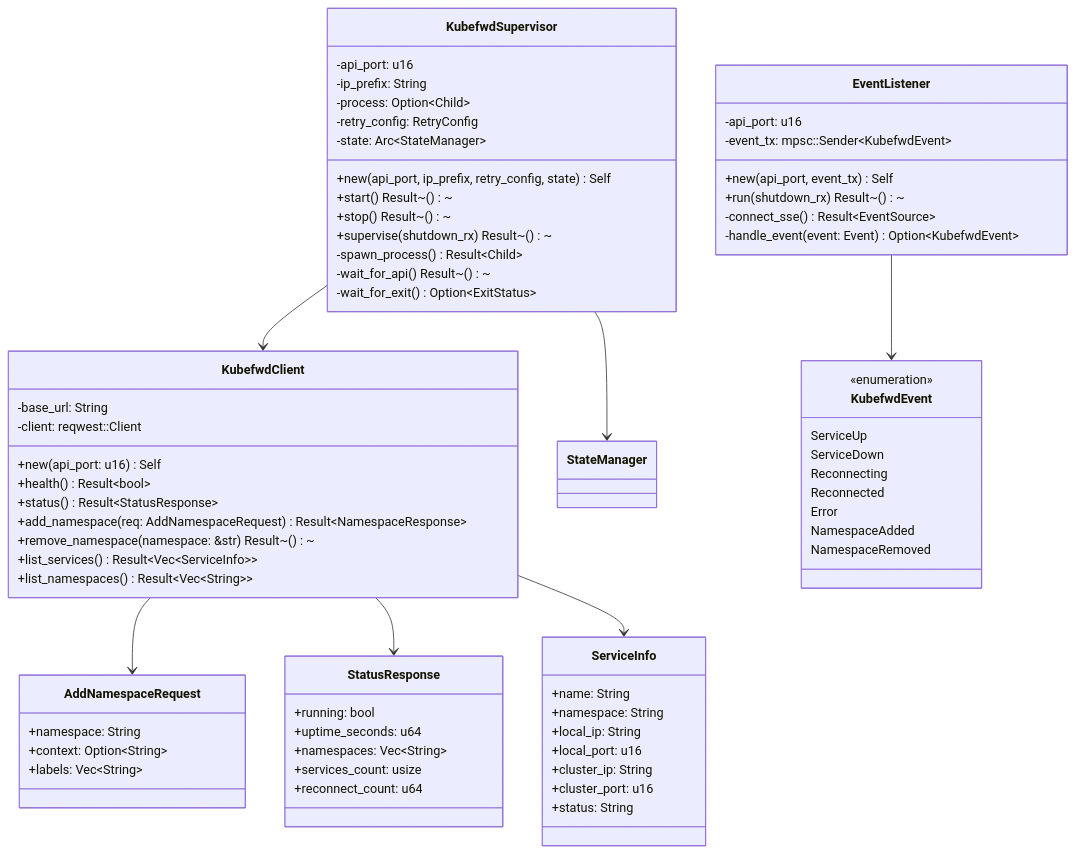
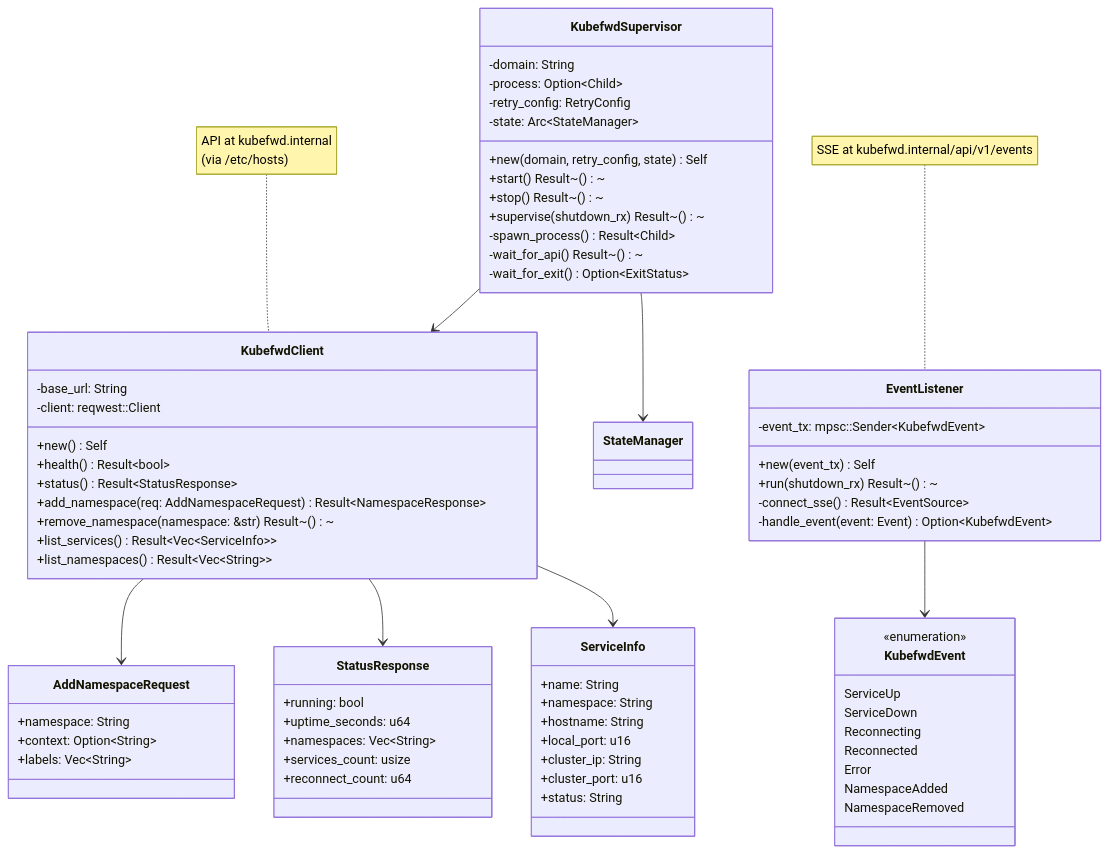
The fourth of 20 diagrams in docs/CODE_ARCHITECTURE.md (parthspatel/nix-kubefwd), drawn with Mermaid before and after one commit. The commit also changed other lines of this file and 2 other files, not shown here.

First line of the commit message:
Fix incorrect kubefwd API assumptions in documentation

````diff
--- a/docs/CODE_ARCHITECTURE.md
+++ b/docs/CODE_ARCHITECTURE.md
@@ -183,80 +181,80 @@
 ```mermaid
 classDiagram
     class KubefwdSupervisor {
-        -api_port: u16
-        -ip_prefix: String
+        -domain: String
         -process: Option~Child~
         -retry_config: RetryConfig
         -state: Arc~StateManager~
-        +new(api_port, ip_prefix, retry_config, state) Self
+        +new(domain, retry_config, state) Self
         +start() Result~()~
         +stop() Result~()~
         +supervise(shutdown_rx) Result~()~
         -spawn_process() Result~Child~
         -wait_for_api() Result~()~
         -wait_for_exit() Option~ExitStatus~
     }
 
     class KubefwdClient {
         -base_url: String
         -client: reqwest::Client
-        +new(api_port: u16) Self
+        +new() Self
         +health() Result~bool~
         +status() Result~StatusResponse~
         +add_namespace(req: AddNamespaceRequest) Result~NamespaceResponse~
         +remove_namespace(namespace: &str) Result~()~
         +list_services() Result~Vec~ServiceInfo~~
         +list_namespaces() Result~Vec~String~~
     }
+    note for KubefwdClient "API at kubefwd.internal<br/>(via /etc/hosts)"
 
     class EventListener {
-        -api_port: u16
         -event_tx: mpsc::Sender~KubefwdEvent~
-        +new(api_port, event_tx) Self
+        +new(event_tx) Self
         +run(shutdown_rx) Result~()~
         -connect_sse() Result~EventSource~
         -handle_event(event: Event) Option~KubefwdEvent~
     }
+    note for EventListener "SSE at kubefwd.internal/api/v1/events"
 
     class KubefwdEvent {
         <<enumeration>>
         ServiceUp
         ServiceDown
         Reconnecting
         Reconnected
         Error
         NamespaceAdded
         NamespaceRemoved
     }
 
     class AddNamespaceRequest {
         +namespace: String
         +context: Option~String~
         +labels: Vec~String~
     }
 
     class StatusResponse {
         +running: bool
         +uptime_seconds: u64
         +namespaces: Vec~String~
         +services_count: usize
         +reconnect_count: u64
     }
 
     class ServiceInfo {
         +name: String
         +namespace: String
-        +local_ip: String
+        +hostname: String
         +local_port: u16
         +cluster_ip: String
         +cluster_port: u16
         +status: String
     }
 
     KubefwdSupervisor --> KubefwdClient
     KubefwdSupervisor --> StateManager
     EventListener --> KubefwdEvent
     KubefwdClient --> AddNamespaceRequest
     KubefwdClient --> StatusResponse
     KubefwdClient --> ServiceInfo
 ```
````
